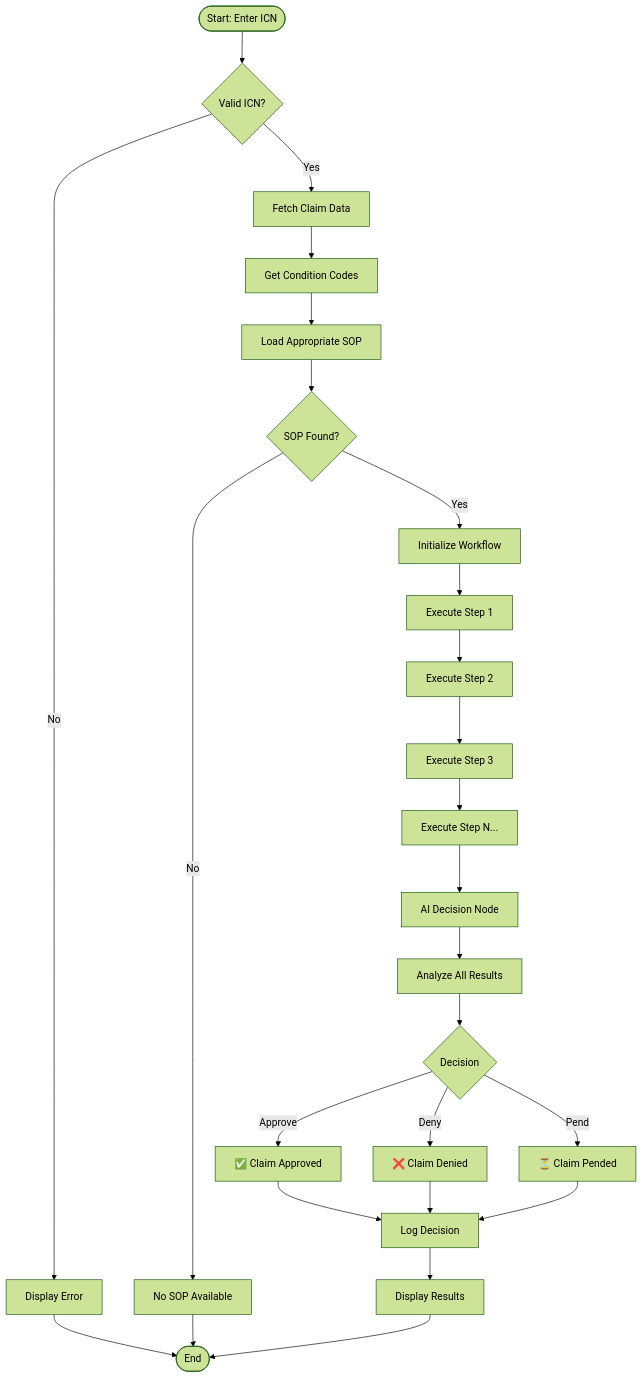
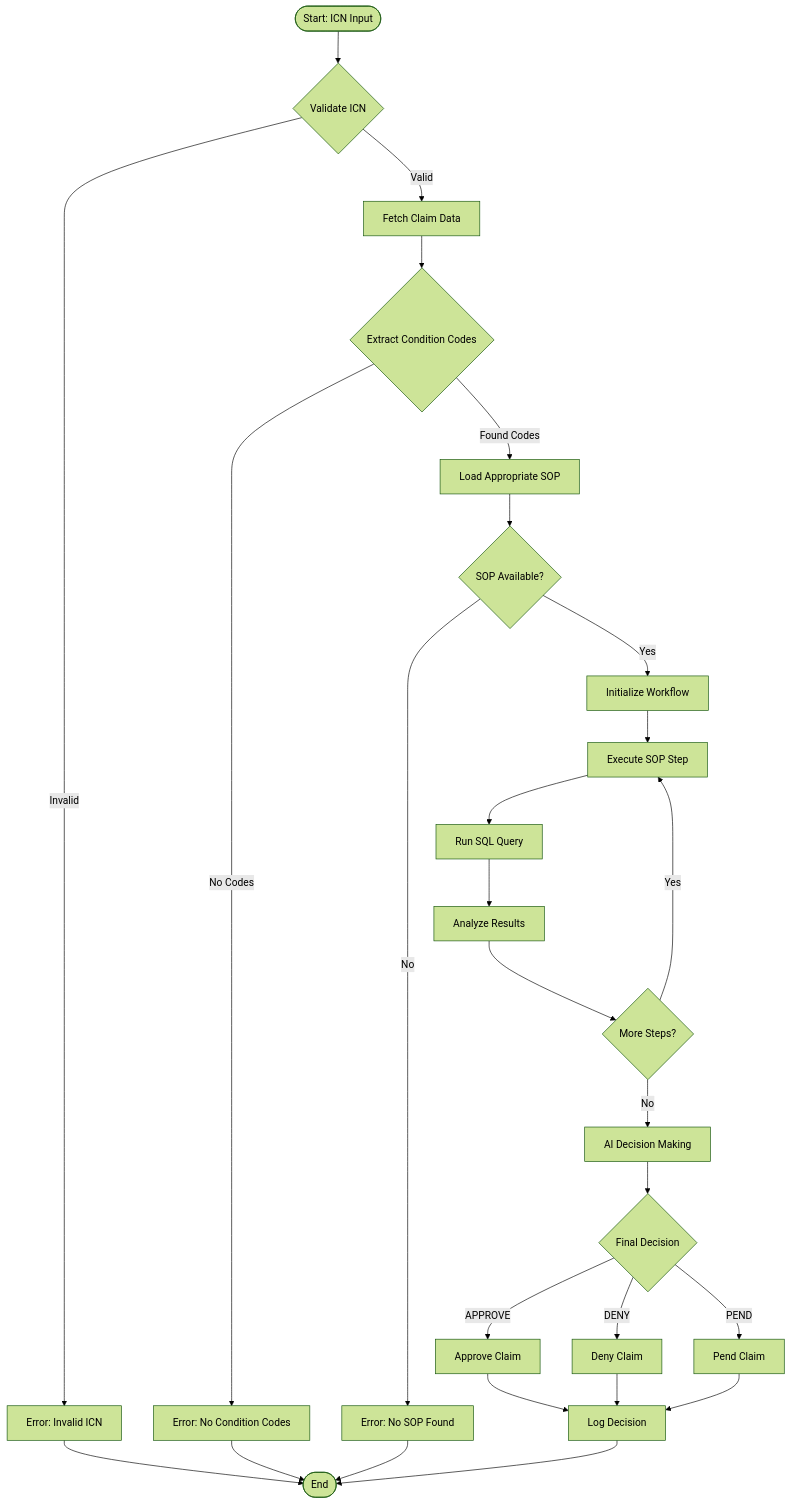
The fifth of 9 diagrams in README.md (phoenix-4u/Pend_Claims_Agentic_Workflow), drawn with Mermaid (forest theme) before and after one commit. The commit also changed other lines of this file, not shown here.

````diff
--- a/README.md
+++ b/README.md
@@ -186,36 +232,36 @@
 ```mermaid
 flowchart TD
-    START([Start: Enter ICN]) --> VALIDATE{Valid ICN?}
-    VALIDATE -->|No| ERROR[Display Error]
-    VALIDATE -->|Yes| FETCH[Fetch Claim Data]
+    START([Start: ICN Input]) --> VALIDATE{Validate ICN}
+    VALIDATE -->|Invalid| ERROR[Error: Invalid ICN]
+    VALIDATE -->|Valid| FETCH[Fetch Claim Data]
     
-    FETCH --> GETCOND[Get Condition Codes]
-    GETCOND --> LOADSOP[Load Appropriate SOP]
-    LOADSOP --> INITSOP{SOP Found?}
+    FETCH --> CHECK_CONDITION{Extract Condition Codes}
+    CHECK_CONDITION -->|No Codes| ERROR2[Error: No Condition Codes]
+    CHECK_CONDITION -->|Found Codes| LOAD_SOP[Load Appropriate SOP]
     
-    INITSOP -->|No| NOSOP[No SOP Available]
-    INITSOP -->|Yes| INITWF[Initialize Workflow]
+    LOAD_SOP --> CHECK_SOP{SOP Available?}
+    CHECK_SOP -->|No| ERROR3[Error: No SOP Found]
+    CHECK_SOP -->|Yes| INIT_WORKFLOW[Initialize Workflow]
     
-    INITWF --> STEP1[Execute Step 1]
-    STEP1 --> STEP2[Execute Step 2]
-    STEP2 --> STEP3[Execute Step 3]
-    STEP3 --> STEPN[Execute Step N...]
-    STEPN --> DECISION[AI Decision Node]
+    INIT_WORKFLOW --> EXECUTE_STEP[Execute SOP Step]
+    EXECUTE_STEP --> RUN_QUERY[Run SQL Query]
+    RUN_QUERY --> ANALYZE[Analyze Results]
     
-    DECISION --> ANALYZE[Analyze All Results]
-    ANALYZE --> APPROVE{Decision}
+    ANALYZE --> MORE_STEPS{More Steps?}
+    MORE_STEPS -->|Yes| EXECUTE_STEP
+    MORE_STEPS -->|No| MAKE_DECISION[AI Decision Making]
     
-    APPROVE -->|Approve| FINAL_APPROVE[✅ Claim Approved]
-    APPROVE -->|Deny| FINAL_DENY[❌ Claim Denied]
-    APPROVE -->|Pend| FINAL_PEND[⏳ Claim Pended]
+    MAKE_DECISION --> DECISION{Final Decision}
+    DECISION -->|APPROVE| APPROVE[Approve Claim]
+    DECISION -->|DENY| DENY[Deny Claim]
+    DECISION -->|PEND| PEND[Pend Claim]
     
-    FINAL_APPROVE --> LOG[Log Decision]
-    FINAL_DENY --> LOG
-    FINAL_PEND --> LOG
+    APPROVE --> LOG[Log Decision]
+    DENY --> LOG
+    PEND --> LOG
     
-    LOG --> DISPLAY[Display Results]
-    DISPLAY --> END([End])
-    
+    LOG --> END([End])
     ERROR --> END
-    NOSOP --> END
+    ERROR2 --> END
+    ERROR3 --> END
 ```
````
